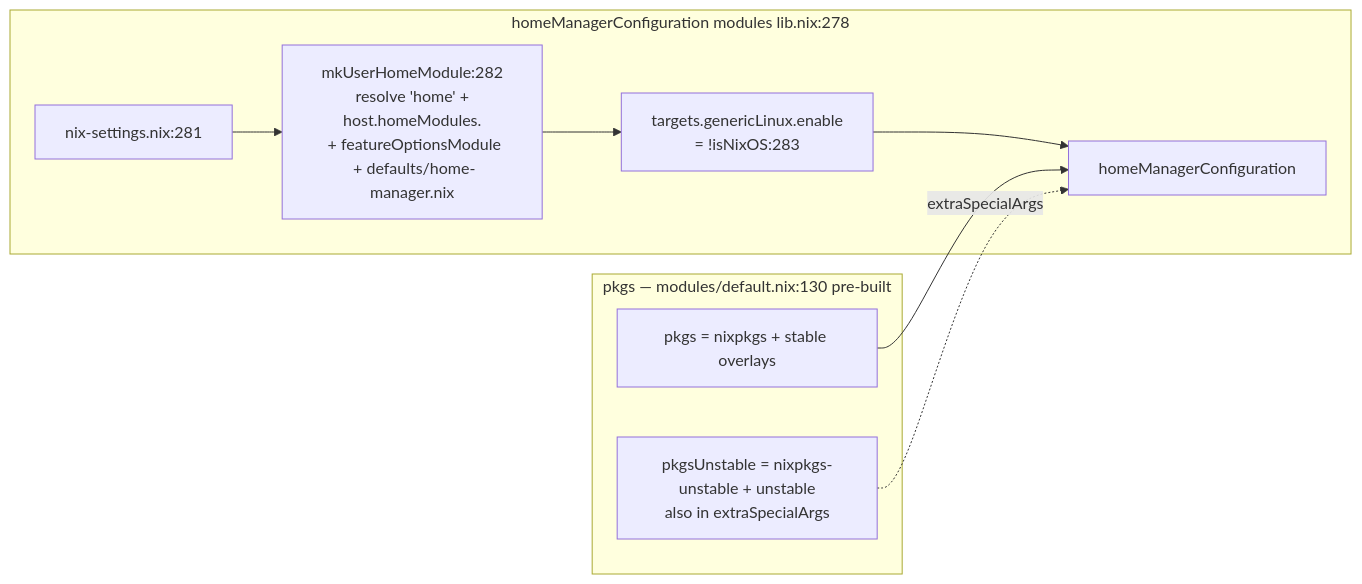
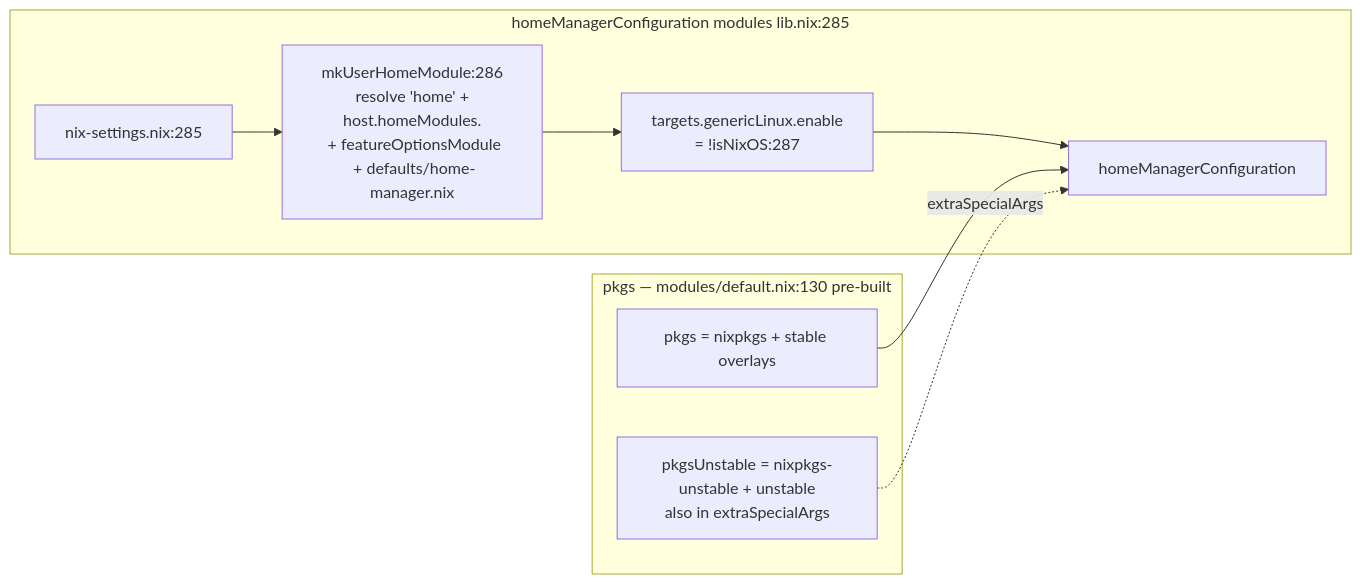
Before and after one commit to WombatFromHell/automatic-palm-tree: the sixth of 7 diagrams in DESIGN.md, drawn with Mermaid. The commit also changed other lines of this file and 9 other files, not shown here.

````diff
--- a/DESIGN.md
+++ b/DESIGN.md
@@ -181,15 +179,15 @@
 ```mermaid
 flowchart LR
     subgraph Pkgs ["pkgs — modules/default.nix:130 pre-built"]
         stable["pkgs = nixpkgs + stable overlays"]
         unstable["pkgsUnstable = nixpkgs-unstable + unstable\nalso in extraSpecialArgs"]
     end
-    subgraph Mods2 ["homeManagerConfiguration modules lib.nix:278"]
-        nixSet2["nix-settings.nix:281"]
-        userMod["mkUserHomeModule:282\n resolve 'home' + host.homeModules.<user>\n + featureOptionsModule\n + defaults/home-manager.nix"]
-        generic["targets.genericLinux.enable\n = !isNixOS:283"]
+    subgraph Mods2 ["homeManagerConfiguration modules lib.nix:285"]
+        nixSet2["nix-settings.nix:285"]
+        userMod["mkUserHomeModule:286\n resolve 'home' + host.homeModules.<user>\n + featureOptionsModule\n + defaults/home-manager.nix"]
+        generic["targets.genericLinux.enable\n = !isNixOS:287"]
         nixSet2 --> userMod --> generic --> merged2["homeManagerConfiguration"]
     end
     stable --> merged2
     unstable -. extraSpecialArgs .-> merged2
 ```
````
